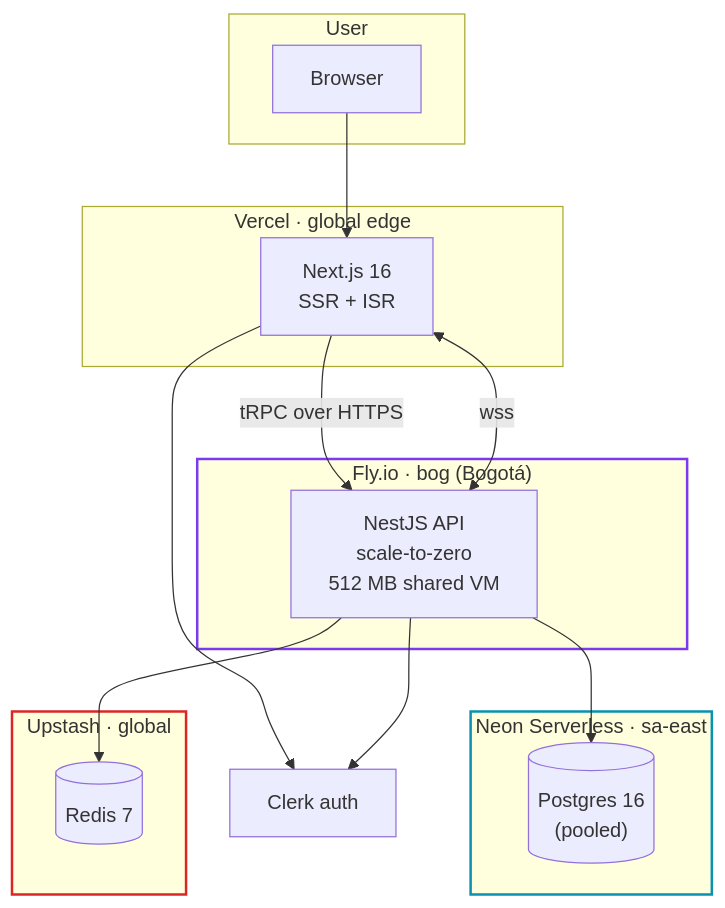
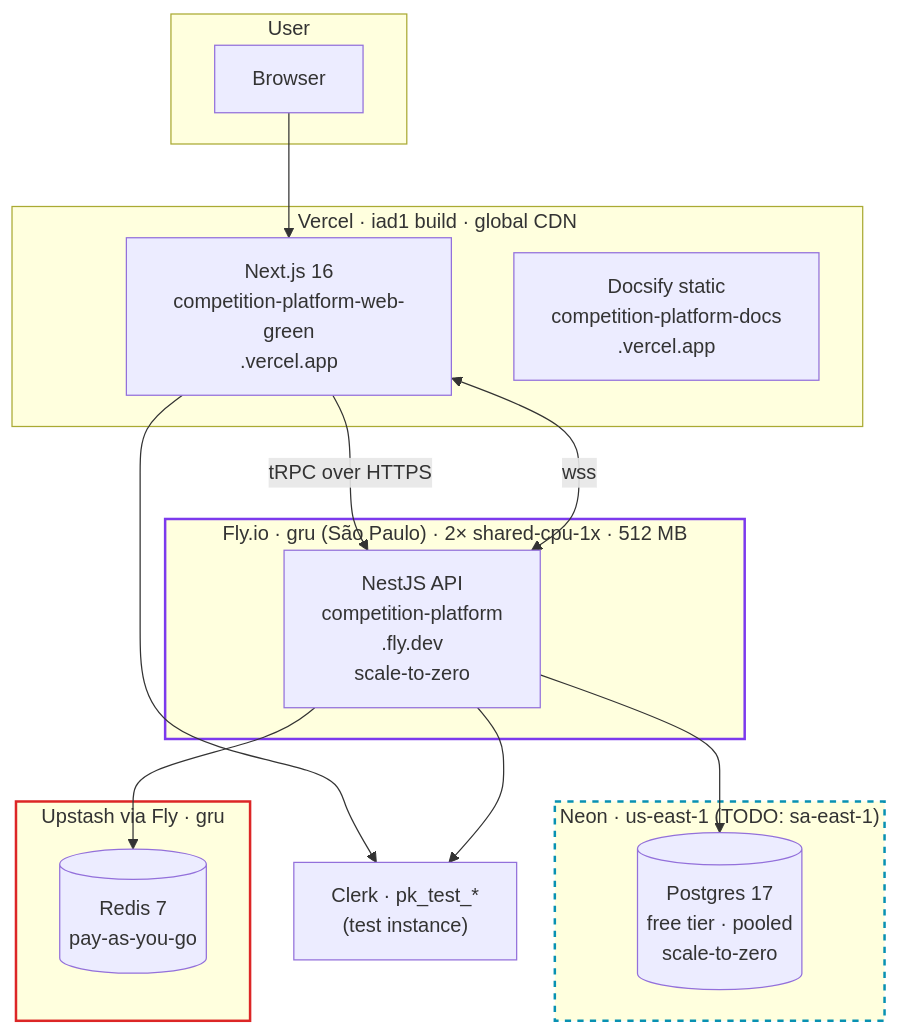
One commit to Dragonarka/competition-platform changed the diagram in docs/deploy.md. Above: the diagram before and after it, drawn with Mermaid. The commit also changed other lines of this file and 4 other files, not shown here.

````diff
--- a/docs/deploy.md
+++ b/docs/deploy.md
@@ -19,36 +9,37 @@
 ```mermaid
 flowchart TB
     subgraph User["User"]
         B["Browser"]
     end
 
-    subgraph Vercel["Vercel · global edge"]
-        Wapp["Next.js 16<br/>SSR + ISR"]
+    subgraph Vercel["Vercel · iad1 build · global CDN"]
+        Wapp["Next.js 16<br/>competition-platform-web-green<br/>.vercel.app"]
+        Docs["Docsify static<br/>competition-platform-docs<br/>.vercel.app"]
     end
 
-    subgraph FlyBog["Fly.io · bog (Bogotá)"]
-        Api["NestJS API<br/>scale-to-zero<br/>512 MB shared VM"]
+    subgraph FlyGru["Fly.io · gru (São Paulo) · 2× shared-cpu-1x · 512 MB"]
+        Api["NestJS API<br/>competition-platform<br/>.fly.dev<br/>scale-to-zero"]
     end
 
-    subgraph Neon["Neon Serverless · sa-east"]
-        DB[("Postgres 16<br/>(pooled)")]
+    subgraph NeonUSE["Neon · us-east-1 (TODO: sa-east-1)"]
+        DB[("Postgres 17<br/>free tier · pooled<br/>scale-to-zero")]
     end
 
-    subgraph Upstash["Upstash · global"]
-        Cache[("Redis 7")]
+    subgraph Upstash["Upstash via Fly · gru"]
+        Cache[("Redis 7<br/>pay-as-you-go")]
     end
 
-    Clerk["Clerk auth"]
+    Clerk["Clerk · pk_test_*<br/>(test instance)"]
 
     B --> Wapp
     Wapp -->|tRPC over HTTPS| Api
     Wapp <-->|wss| Api
     Wapp --> Clerk
     Api --> Clerk
     Api --> DB
     Api --> Cache
 
-    style FlyBog stroke:#7c3aed,stroke-width:2px
-    style Neon stroke:#0891b2,stroke-width:2px
+    style FlyGru stroke:#7c3aed,stroke-width:2px
+    style NeonUSE stroke:#0891b2,stroke-width:2px,stroke-dasharray: 5 5
     style Upstash stroke:#dc2626,stroke-width:2px
 ```
````
